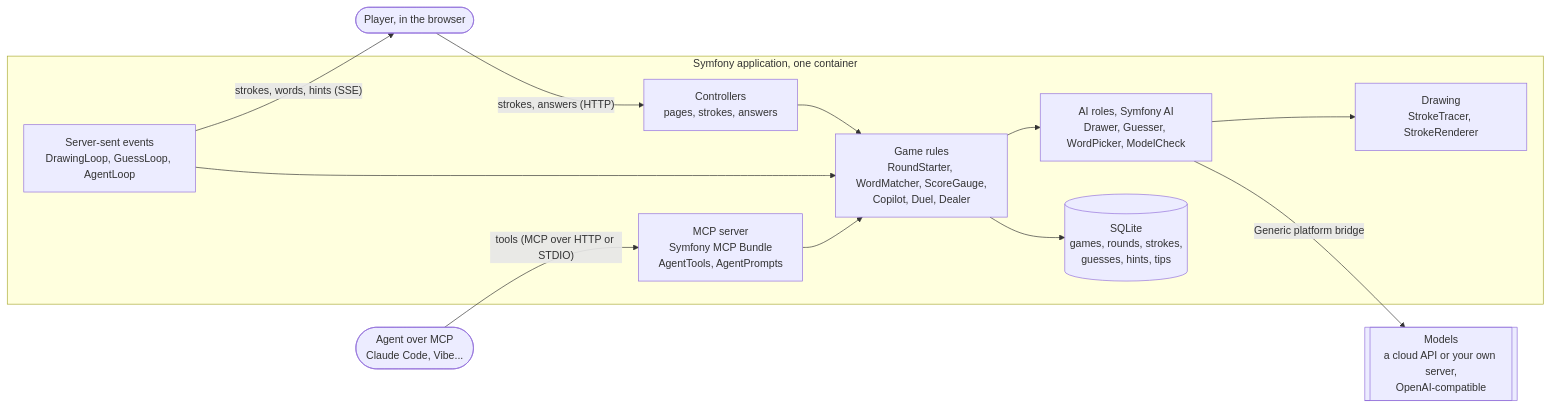
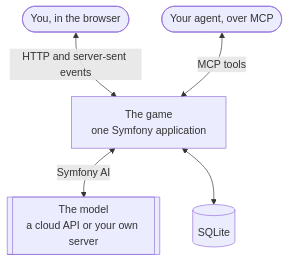
One commit to sowebdev/symfony-ai-hackathon-2026-draw-it-if-you-can changed the first of 3 diagrams in docs/architecture.md. Above: the diagram before and after it, drawn with Mermaid.

Commit message:
docs/architecture.md: a first diagram you can read at a glance

````diff
--- a/docs/architecture.md
+++ b/docs/architecture.md
@@ -5,28 +5,13 @@
 ```mermaid
-flowchart LR
-    player([Player, in the browser])
-    agent([Agent over MCP<br/>Claude Code, Vibe...])
+flowchart TB
+    player([You, in the browser])
+    agent([Your agent, over MCP])
+    app[The game<br/>one Symfony application]
+    db[(SQLite)]
+    models[[The model<br/>a cloud API or your own server]]
 
-    subgraph app [Symfony application, one container]
-        web[Controllers<br/>pages, strokes, answers]
-        sse[Server-sent events<br/>DrawingLoop, GuessLoop, AgentLoop]
-        game[Game rules<br/>RoundStarter, WordMatcher, ScoreGauge,<br/>Copilot, Duel, Dealer]
-        ai[AI roles, Symfony AI<br/>Drawer, Guesser, WordPicker, ModelCheck]
-        drawing[Drawing<br/>StrokeTracer, StrokeRenderer]
-        mcp[MCP server<br/>Symfony MCP Bundle<br/>AgentTools, AgentPrompts]
-        db[(SQLite<br/>games, rounds, strokes,<br/>guesses, hints, tips)]
-    end
-
-    models[[Models<br/>a cloud API or your own server,<br/>OpenAI-compatible]]
-
-    player -- "strokes, answers (HTTP)" --> web
-    sse -- "strokes, words, hints (SSE)" --> player
-    web --> game
-    sse --> game
-    game --> ai
-    ai -- "Generic platform bridge" --> models
-    ai --> drawing
-    game --> db
-    agent -- "tools (MCP over HTTP or STDIO)" --> mcp
-    mcp --> game
+    player <-- "HTTP and server-sent events" --> app
+    agent <-- "MCP tools" --> app
+    app <-- "Symfony AI" --> models
+    app <--> db
 ```
````
